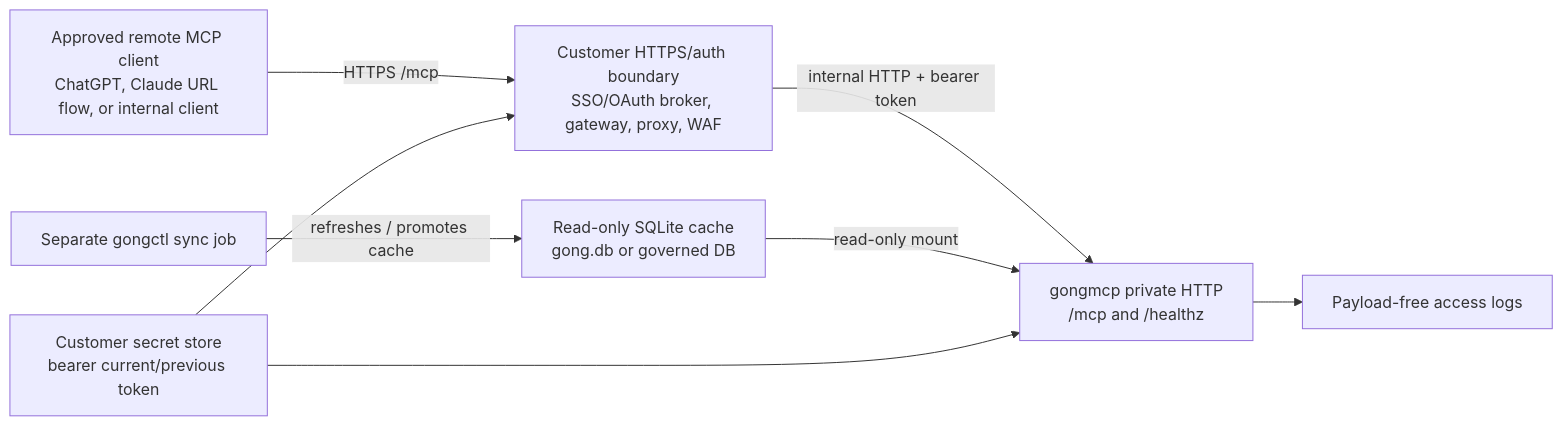
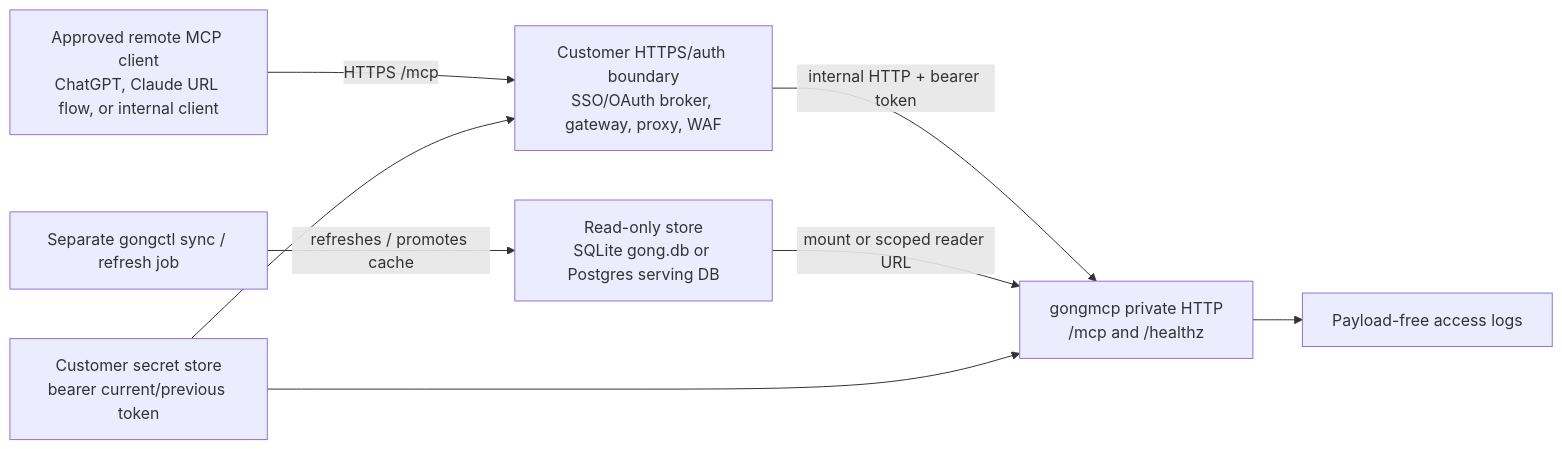
One commit to fyne-coder/gongcli_mcp changed the fifth of 5 diagrams in docs/enterprise-deployment.md. Above: the diagram before and after it, drawn with Mermaid. The commit also changed other lines of this file and 31 other files, not shown here.

````diff
--- a/docs/enterprise-deployment.md
+++ b/docs/enterprise-deployment.md
@@ -232,10 +236,10 @@
 ```mermaid
 flowchart LR
   Client["Approved remote MCP client\nChatGPT, Claude URL flow, or internal client"] -->|"HTTPS /mcp"| Edge["Customer HTTPS/auth boundary\nSSO/OAuth broker, gateway, proxy, WAF"]
   Edge -->|"internal HTTP + bearer token"| MCP["gongmcp private HTTP\n/mcp and /healthz"]
-  Data["Read-only SQLite cache\ngong.db or governed DB"] -->|"read-only mount"| MCP
-  Sync["Separate gongctl sync job"] -->|"refreshes / promotes cache"| Data
+  Data["Read-only store\nSQLite gong.db or Postgres serving DB"] -->|"mount or scoped reader URL"| MCP
+  Sync["Separate gongctl sync / refresh job"] -->|"refreshes / promotes cache"| Data
   Secrets["Customer secret store\nbearer current/previous token"] --> Edge
   Secrets --> MCP
   MCP --> Logs["Payload-free access logs"]
 ```
````
